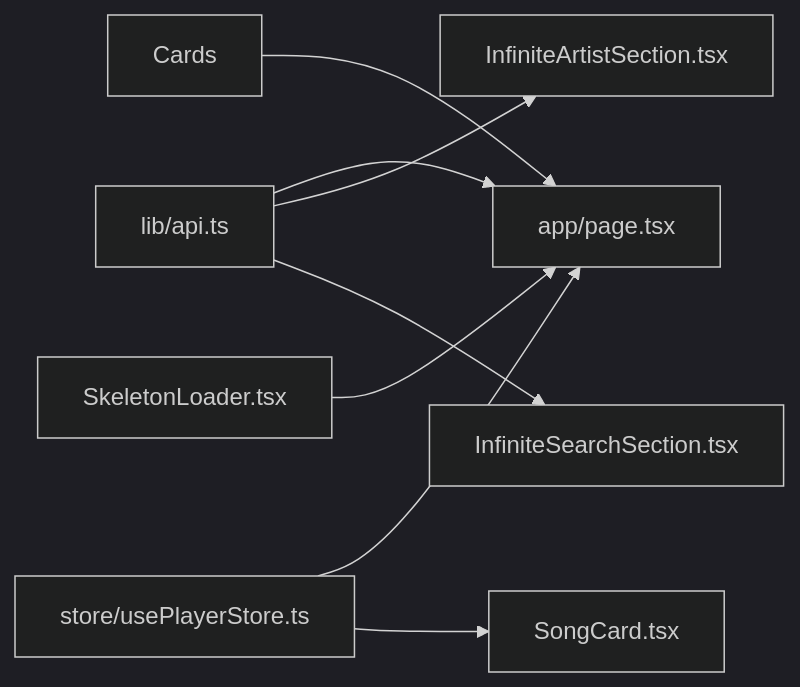
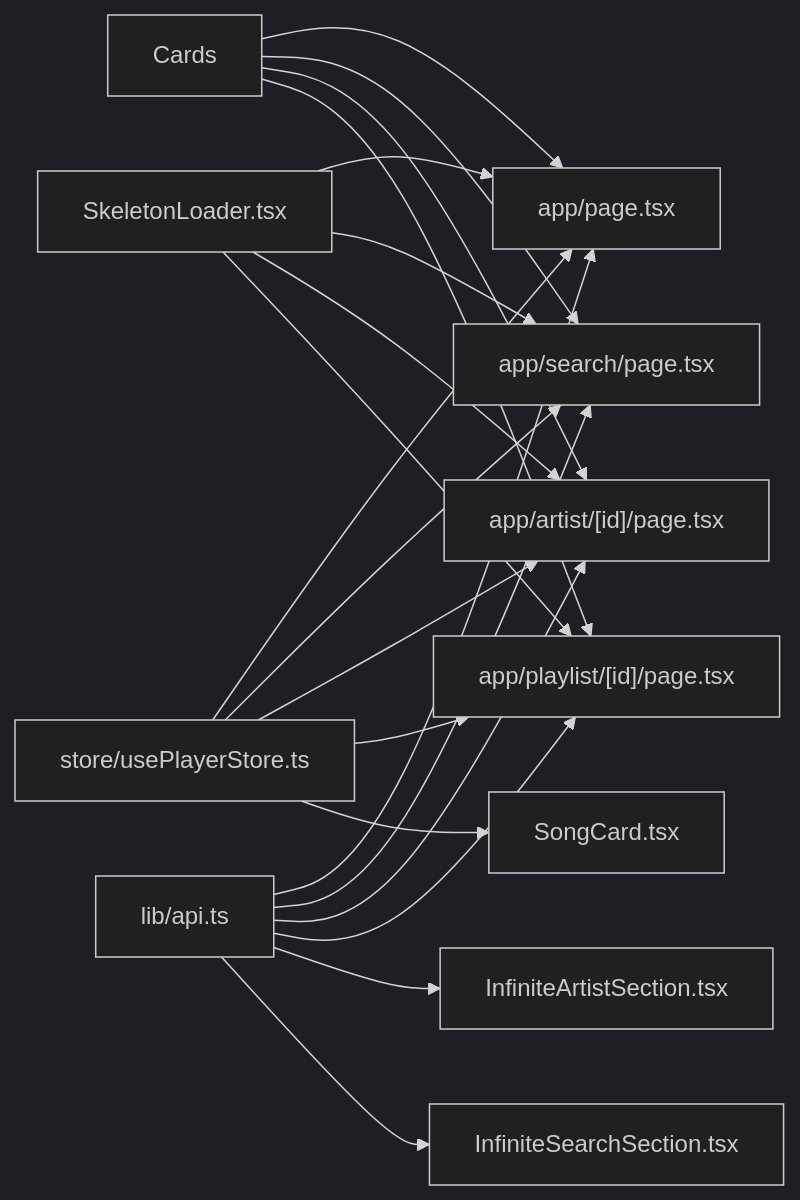
Before and after one commit to moindestiny/SonicStream: diagram 13 of 13 in .qoder/repowiki/en/content/Core Features/Music Discovery.md, drawn with Mermaid (dark theme). The commit also changed other lines of this file and 5 other files, not shown here.

````diff
--- a/.qoder/repowiki/en/content/Core Features/Music Discovery.md
+++ b/.qoder/repowiki/en/content/Core Features/Music Discovery.md
@@ -348,10 +514,22 @@
 ```mermaid
 graph LR
 API["lib/api.ts"] --> Home["app/page.tsx"]
+API --> Search["app/search/page.tsx"]
+API --> Artist["app/artist/[id]/page.tsx"]
+API --> Playlist["app/playlist/[id]/page.tsx"]
 API --> ArtistSection["InfiniteArtistSection.tsx"]
 API --> SearchSection["InfiniteSearchSection.tsx"]
 Store["store/usePlayerStore.ts"] --> Home
+Store --> Search
+Store --> Artist
+Store --> Playlist
 Store --> SongCard["SongCard.tsx"]
 Cards["Cards"] --> Home
+Cards --> Search
+Cards --> Artist
+Cards --> Playlist
 Loader["SkeletonLoader.tsx"] --> Home
+Loader --> Search
+Loader --> Artist
+Loader --> Playlist
 ```
````
